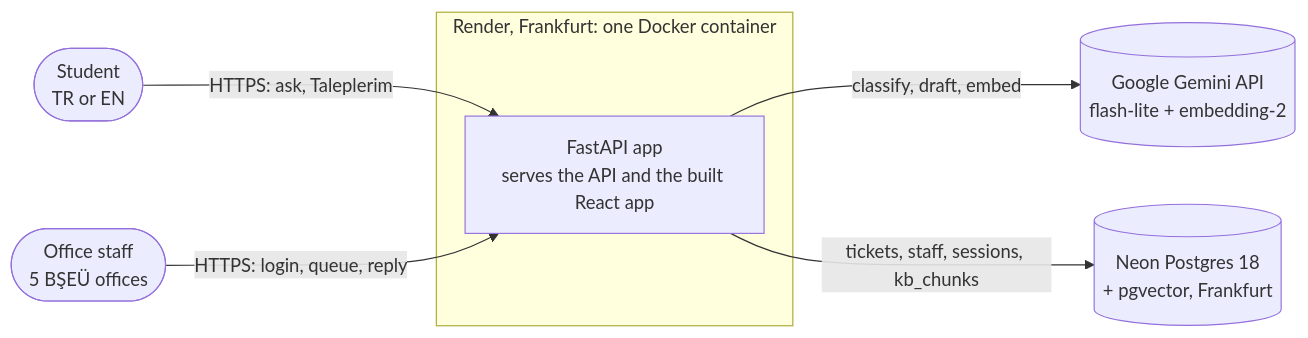
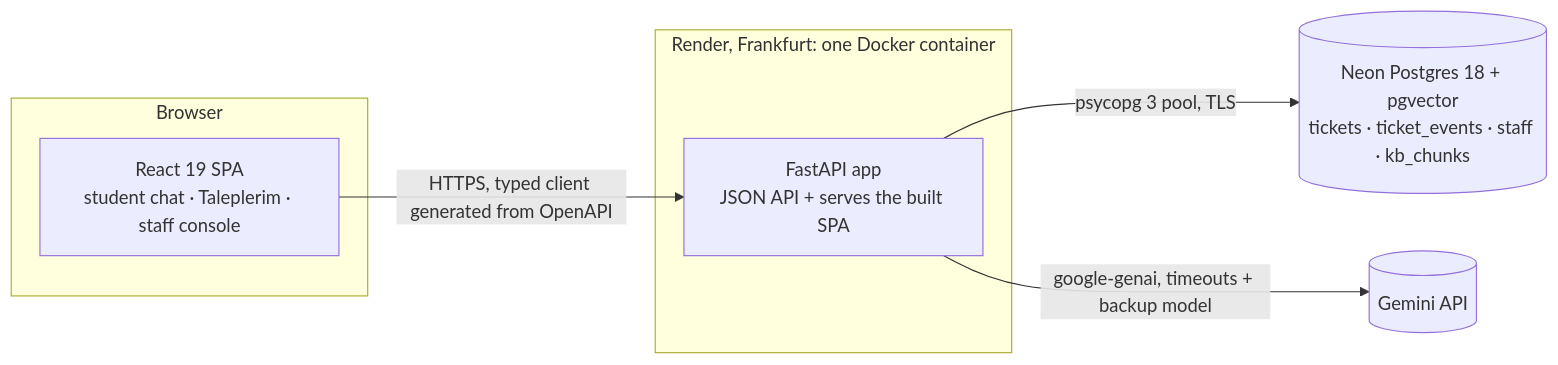
Before and after one commit to AhmedElghazzawy/ai-ticket-assistant: the second of 7 diagrams in ARCHITECTURE.md, drawn with Mermaid. The commit also changed other lines of this file and 6 other files, not shown here.

First line of the commit message:
Rewrite the architecture docs and add a docs index and release changelog

````diff
--- a/ARCHITECTURE.md
+++ b/ARCHITECTURE.md
@@ -11,14 +44,14 @@
 ```mermaid
 flowchart LR
-    student([Student<br/>TR or EN])
-    staff([Office staff<br/>5 BŞEÜ offices])
+    subgraph browser [Browser]
+        spa[React 19 SPA<br/>student chat · Taleplerim · staff console]
+    end
     subgraph render [Render, Frankfurt: one Docker container]
-        app[FastAPI app<br/>serves the API and the built React app]
+        api[FastAPI app<br/>JSON API + serves the built SPA]
     end
-    gemini[(Google Gemini API<br/>flash-lite + embedding-2)]
-    neon[(Neon Postgres 18<br/>+ pgvector, Frankfurt)]
-    student -- "HTTPS: ask, Taleplerim" --> app
-    staff -- "HTTPS: login, queue, reply" --> app
-    app -- "classify, draft, embed" --> gemini
-    app -- "tickets, staff, sessions, kb_chunks" --> neon
+    neon[(Neon Postgres 18 + pgvector<br/>tickets · ticket_events · staff · kb_chunks)]
+    gemini[(Gemini API)]
+    spa -- "HTTPS, typed client generated from OpenAPI" --> api
+    api -- "psycopg 3 pool, TLS" --> neon
+    api -- "google-genai, timeouts + backup model" --> gemini
 ```
````
